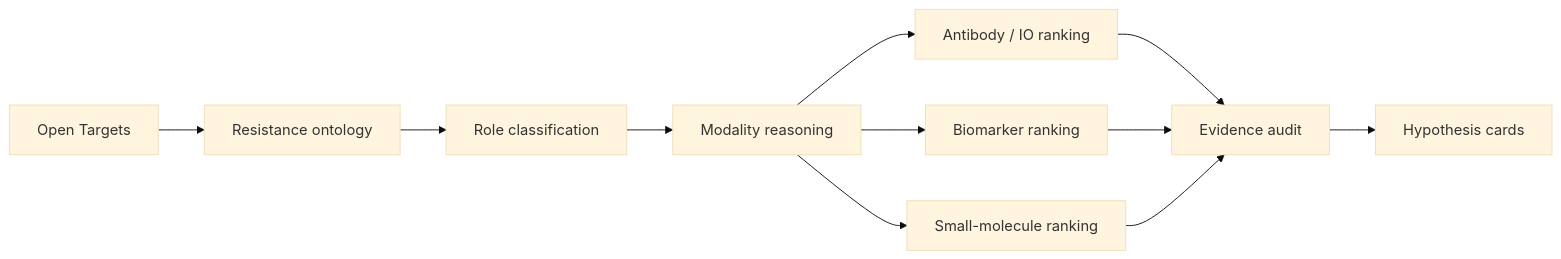
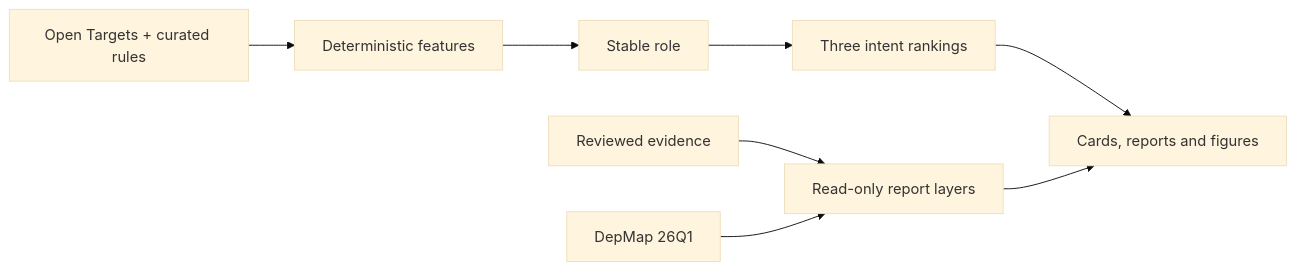
Before and after one commit to rsolerortuno/rsolerortuno.github.io: the diagram in projects/targetintel-io.qmd, drawn with Mermaid (base theme). The commit also changed other lines of this file and 11 other files, not shown here.

````diff
--- a/projects/targetintel-io.qmd
+++ b/projects/targetintel-io.qmd
@@ -26,13 +30,10 @@
 ```{mermaid}
 flowchart LR
-    A[Open Targets] --> B[Resistance ontology]
-    B --> C[Role classification]
-    C --> D[Modality reasoning]
-    D --> E1[Antibody / IO ranking]
-    D --> E2[Biomarker ranking]
-    D --> E3[Small-molecule ranking]
-    E1 --> F[Evidence audit]
-    E2 --> F
-    E3 --> F
-    F --> G[Hypothesis cards]
+    A[Open Targets + curated rules] --> B[Deterministic features]
+    B --> C[Stable role]
+    C --> D[Three intent rankings]
+    D --> E[Cards, reports and figures]
+    F[Reviewed evidence] --> G[Read-only report layers]
+    H[DepMap 26Q1] --> G
+    G --> E
 ```
````
